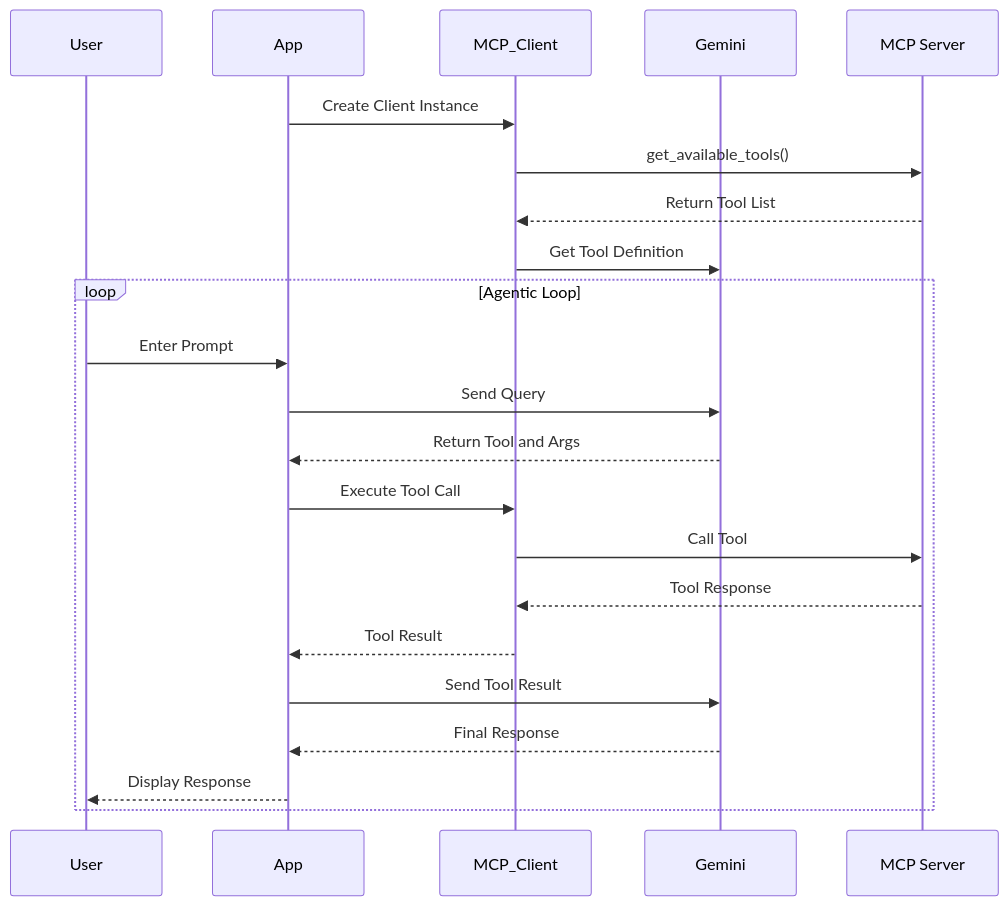
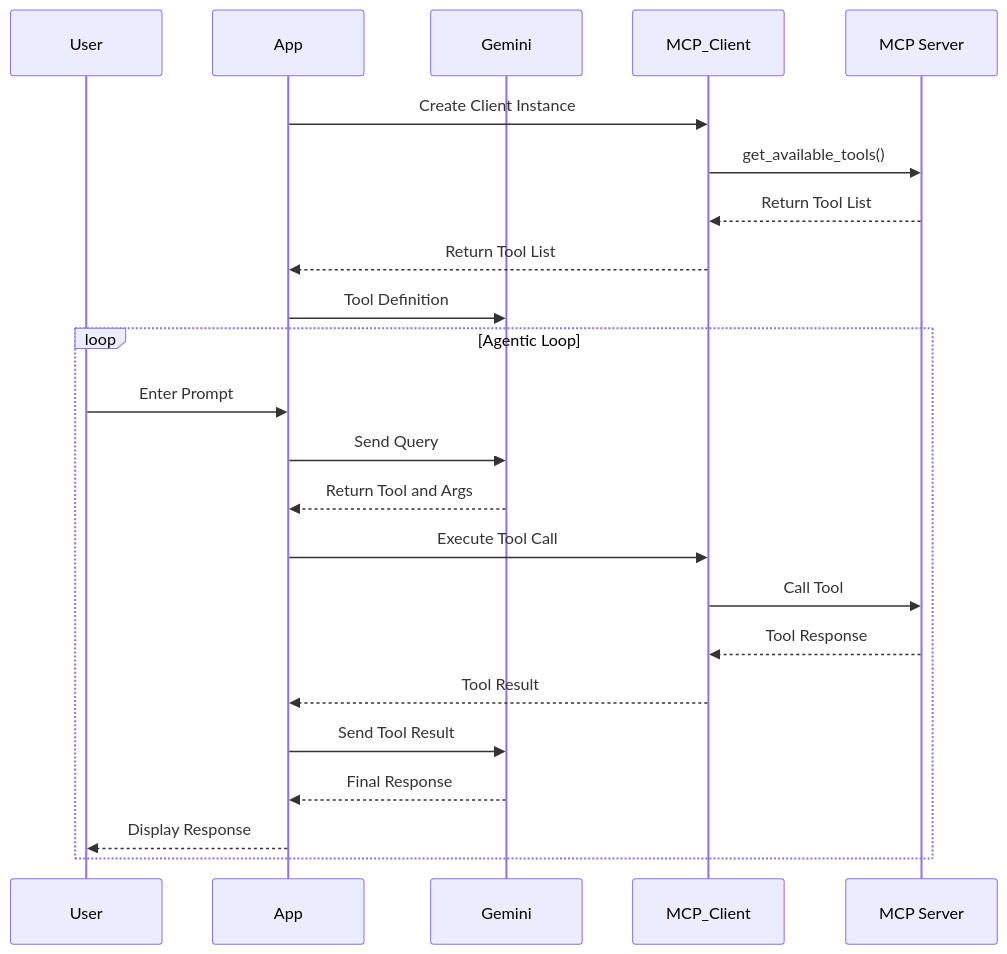
The first of 2 diagrams in README.md (wadave/vertex_ai_mcp_samples), drawn with Mermaid before and after one commit. The commit also changed other lines of this file and 1 other file, not shown here.

````diff
--- a/README.md
+++ b/README.md
@@ -10,40 +10,41 @@
 ```mermaid
 %%{
   init: {
     'theme': 'default', 
     'themeVariables': {
         'fontSize':'18px',
         'fontFamily':'arial',
     }
   }
 }%%
 
 sequenceDiagram
     participant User
     participant App
+    participant Gemini
     participant MCP_Client
-    participant Gemini
     participant MCP Server
 
     App->>MCP_Client: Create Client Instance
     MCP_Client->>MCP Server: get_available_tools()
     MCP Server-->>MCP_Client: Return Tool List
-    MCP_Client->>Gemini: Get Tool Definition
+    MCP_Client-->>App: Return Tool List
+    App->>Gemini:Tool Definition
     
     loop Agentic Loop
         User->>App: Enter Prompt
         App->>Gemini: Send Query
         
  
         Gemini-->>App: Return Tool and Args
         App->>MCP_Client: Execute Tool Call
         MCP_Client->>MCP Server: Call Tool
         MCP Server-->>MCP_Client: Tool Response
         MCP_Client-->>App: Tool Result
         App->>Gemini: Send Tool Result
         Gemini-->>App: Final Response
      
         
         App-->>User: Display Response
     end
 ```
````
